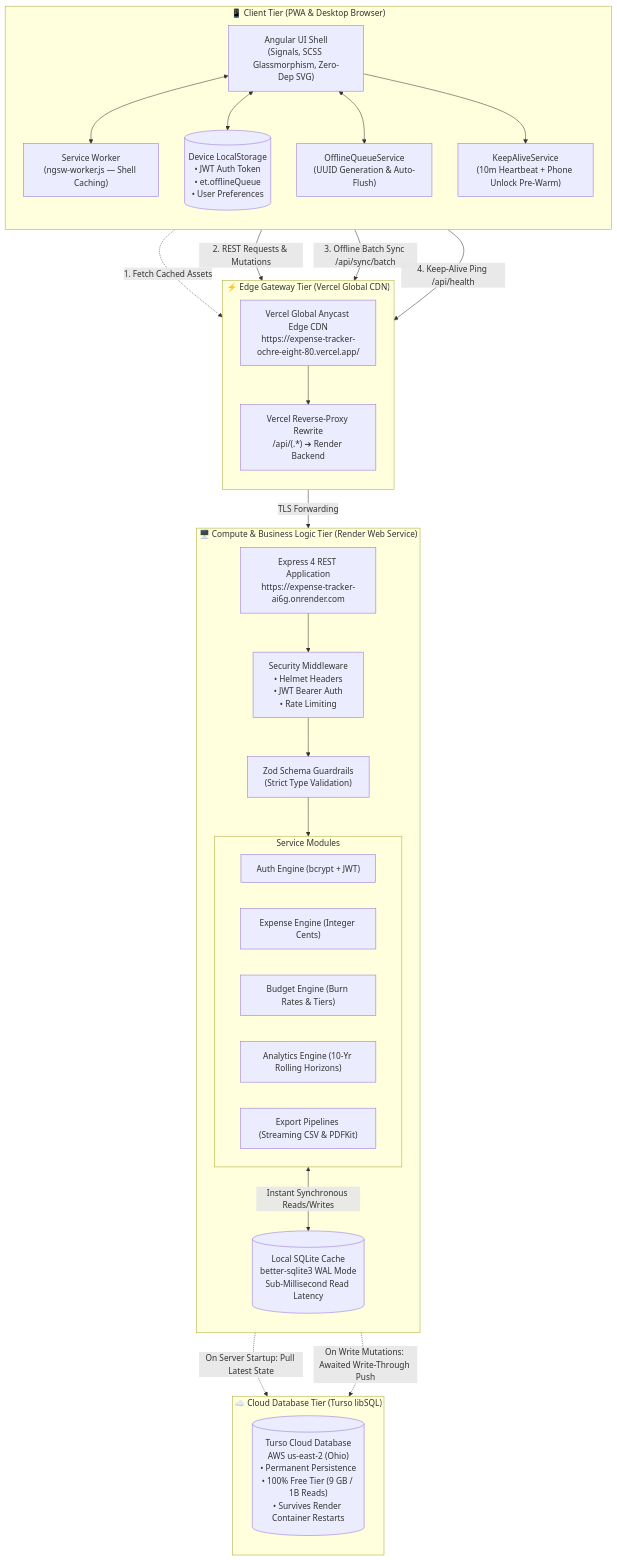
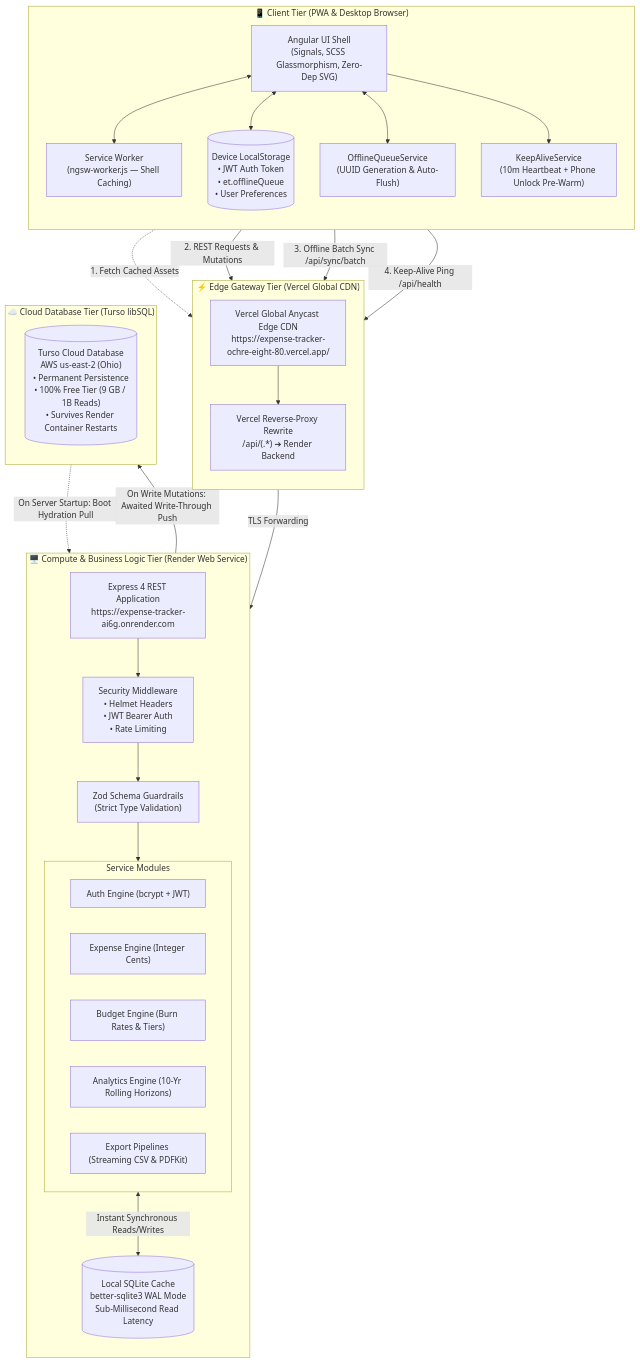
One commit to ravidaliparthy/Expense-Tracker changed the first of 2 diagrams in README.md. Above: the diagram before and after it, drawn with Mermaid. The commit also changed other lines of this file and 1 other file, not shown here.

Commit message:
docs: refine architecture data-flow arrow direction and clean diagram dividers

````diff
--- a/README.md
+++ b/README.md
@@ -75,59 +75,59 @@
 ```mermaid
 flowchart TD
     subgraph CLIENT["📱 Client Tier (PWA & Desktop Browser)"]
         direction TB
         UI["Angular UI Shell<br/>(Signals, SCSS Glassmorphism, Zero-Dep SVG)"]
         SW["Service Worker<br/>(ngsw-worker.js — Shell Caching)"]
         LS[("Device LocalStorage<br/>• JWT Auth Token<br/>• et.offlineQueue<br/>• User Preferences")]
         OQS["OfflineQueueService<br/>(UUID Generation & Auto-Flush)"]
         KAS["KeepAliveService<br/>(10m Heartbeat + Phone Unlock Pre-Warm)"]
 
         UI <--> SW
         UI <--> LS
         UI <--> OQS
         UI --> KAS
     end
 
     subgraph EDGE["⚡ Edge Gateway Tier (Vercel Global CDN)"]
         direction TB
         V_CDN["Vercel Global Anycast Edge CDN<br/>https://expense-tracker-ochre-eight-80.vercel.app/"]
         V_PROXY["Vercel Reverse-Proxy Rewrite<br/>/api/(.*) ➔ Render Backend"]
         V_CDN --> V_PROXY
     end
 
     subgraph SERVER["🖥️ Compute & Business Logic Tier (Render Web Service)"]
         direction TB
         API["Express 4 REST Application<br/>https://expense-tracker-ai6g.onrender.com"]
         MW["Security Middleware<br/>• Helmet Headers<br/>• JWT Bearer Auth<br/>• Rate Limiting"]
         ZOD["Zod Schema Guardrails<br/>(Strict Type Validation)"]
 
         subgraph ENGINES["Service Modules"]
             AUTH["Auth Engine (bcrypt + JWT)"]
             EXP["Expense Engine (Integer Cents)"]
             BUD["Budget Engine (Burn Rates & Tiers)"]
             ANA["Analytics Engine (10-Yr Rolling Horizons)"]
             EXP_STR["Export Pipelines (Streaming CSV & PDFKit)"]
         end
 
         LOCAL_SQLITE[("Local SQLite Cache<br/>better-sqlite3 WAL Mode<br/>Sub-Millisecond Read Latency")]
 
         API --> MW --> ZOD --> ENGINES
         ENGINES <-->|Instant Synchronous Reads/Writes| LOCAL_SQLITE
     end
 
     subgraph CLOUD_DB["☁️ Cloud Database Tier (Turso libSQL)"]
         direction TB
         TURSO[("Turso Cloud Database<br/>AWS us-east-2 (Ohio)<br/>• Permanent Persistence<br/>• 100% Free Tier (9 GB / 1B Reads)<br/>• Survives Render Container Restarts")]
     end
 
     %% Network Connections
     SW -.->|1. Fetch Cached Assets| V_CDN
     UI -->|2. REST Requests & Mutations| V_PROXY
     OQS -->|3. Offline Batch Sync /api/sync/batch| V_PROXY
     KAS -->|4. Keep-Alive Ping /api/health| V_PROXY
     V_PROXY -->|TLS Forwarding| API
 
     %% Backend to Turso Sync Connections
-    LOCAL_SQLITE -.->|On Server Startup: Pull Latest State| TURSO
-    ENGINES -.->|On Write Mutations: Awaited Write-Through Push| TURSO
+    TURSO -.->|On Server Startup: Boot Hydration Pull| LOCAL_SQLITE
+    ENGINES -->|On Write Mutations: Awaited Write-Through Push| TURSO
 ```
````
